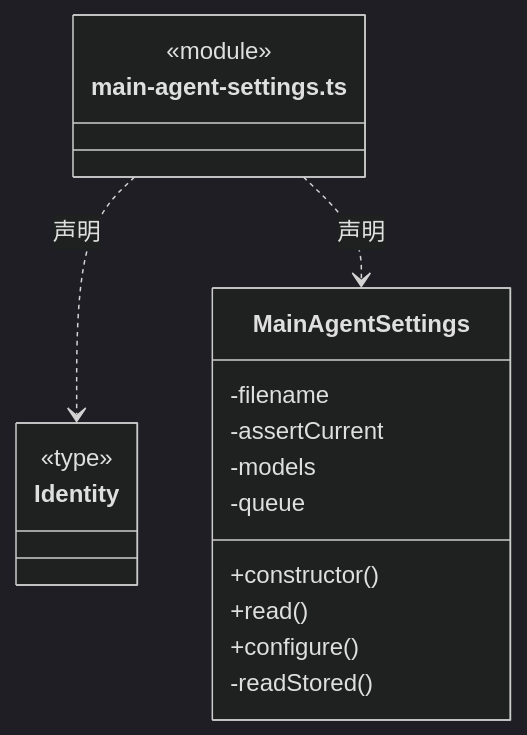
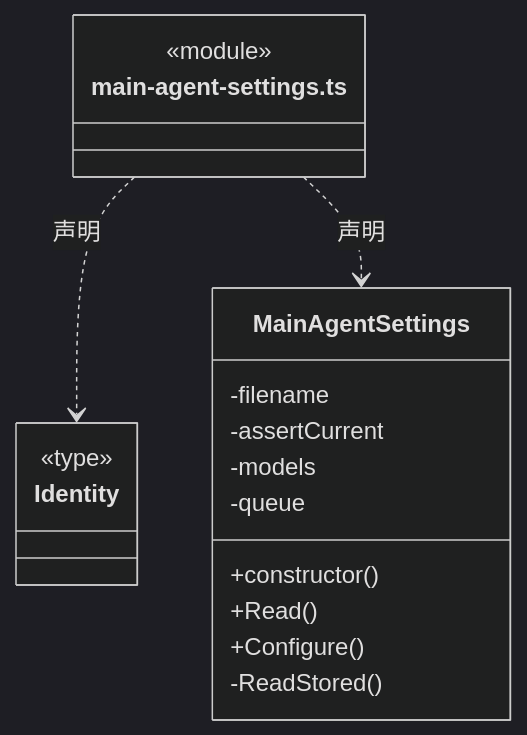
Before and after one commit to nan023062/cbim: the diagram in src/logic/team/settings/ARCHITECTURE.md, drawn with Mermaid (dark theme). The commit also changed 1035 other files, not shown here.

````diff
--- a/src/logic/team/settings/ARCHITECTURE.md
+++ b/src/logic/team/settings/ARCHITECTURE.md
@@ -23,22 +23,22 @@
 ```mermaid
 classDiagram
 class N_src_logic_team_settings_main_agent_settings_ts["main-agent-settings.ts"] {
   <<module>>
 }
 class N_src_logic_team_settings_main_agent_settings_ts_Identity["Identity"] {
   <<type>>
 
 }
 N_src_logic_team_settings_main_agent_settings_ts ..> N_src_logic_team_settings_main_agent_settings_ts_Identity : 声明
 class N_src_logic_team_settings_main_agent_settings_ts_MainAgentSettings["MainAgentSettings"] {
   +constructor()
-  +read()
-  +configure()
+  +Read()
+  +Configure()
   -filename
   -assertCurrent
   -models
   -queue
-  -readStored()
+  -ReadStored()
 }
 N_src_logic_team_settings_main_agent_settings_ts ..> N_src_logic_team_settings_main_agent_settings_ts_MainAgentSettings : 声明
 ```
````
